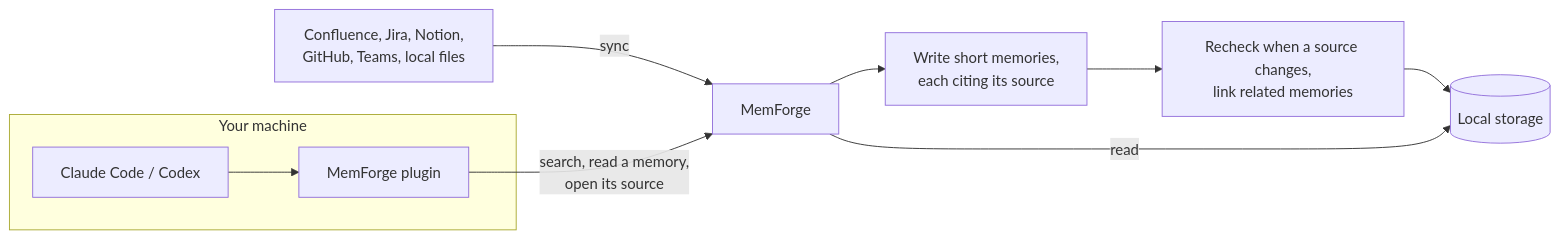
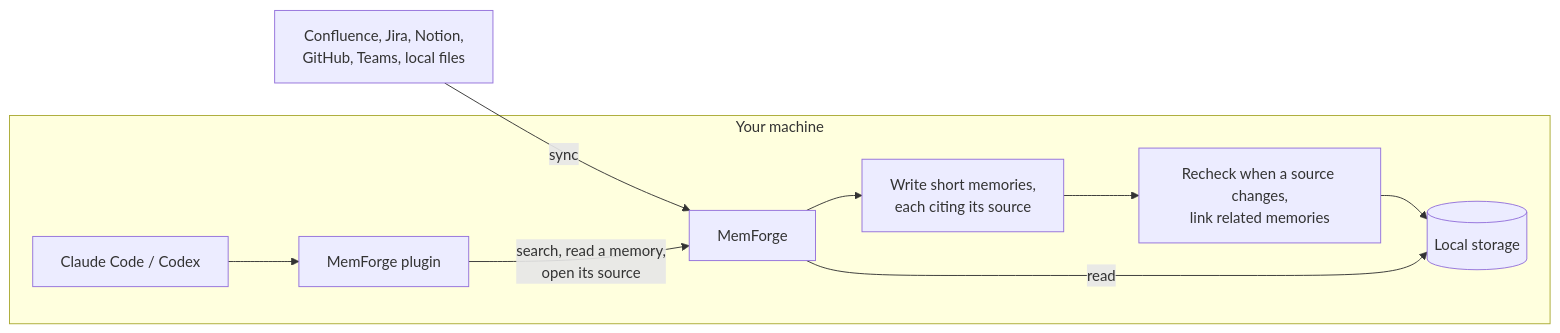
One commit to dodo-labs-ai/mem-forge changed the diagram in README.md. Above: the diagram before and after it, drawn with Mermaid. The commit also changed other lines of this file and 2 other files, not shown here.

First line of the commit message:
Let a coding agent set MemForge up, and keep hosted routing out of the README

````diff
--- a/README.md
+++ b/README.md
@@ -114,18 +126,18 @@
 ```mermaid
 flowchart LR
   subgraph You["Your machine"]
     CC["Claude Code / Codex"]
     Plugin["MemForge plugin"]
+    API["MemForge"]
+    Extract["Write short memories,<br/>each citing its source"]
+    Recheck["Recheck when a source changes,<br/>link related memories"]
+    Store[("Local storage")]
   end
   Docs["Confluence, Jira, Notion,<br/>GitHub, Teams, local files"]
-  API["MemForge"]
-  Extract["Write short memories,<br/>each citing its source"]
-  Recheck["Recheck when a source changes,<br/>link related memories"]
-  Store[("Local storage")]
 
   CC --> Plugin
   Docs -- "sync" --> API
   API --> Extract --> Recheck --> Store
   Plugin -- "search, read a memory,<br/>open its source" --> API
   API -- "read" --> Store
 ```
````
